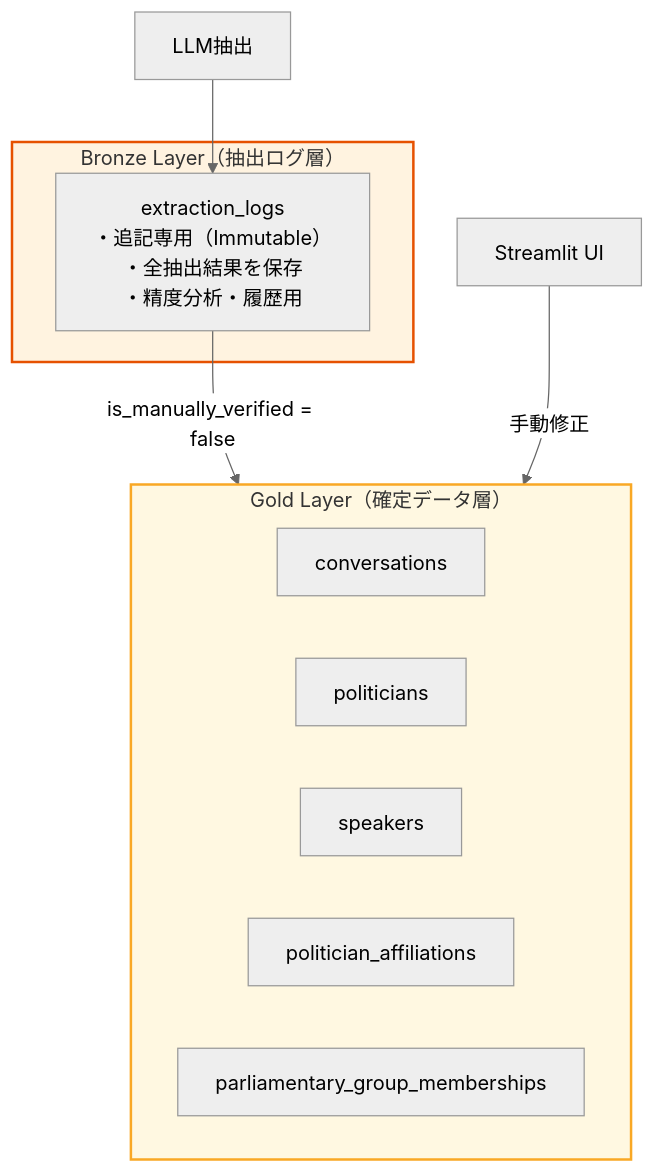
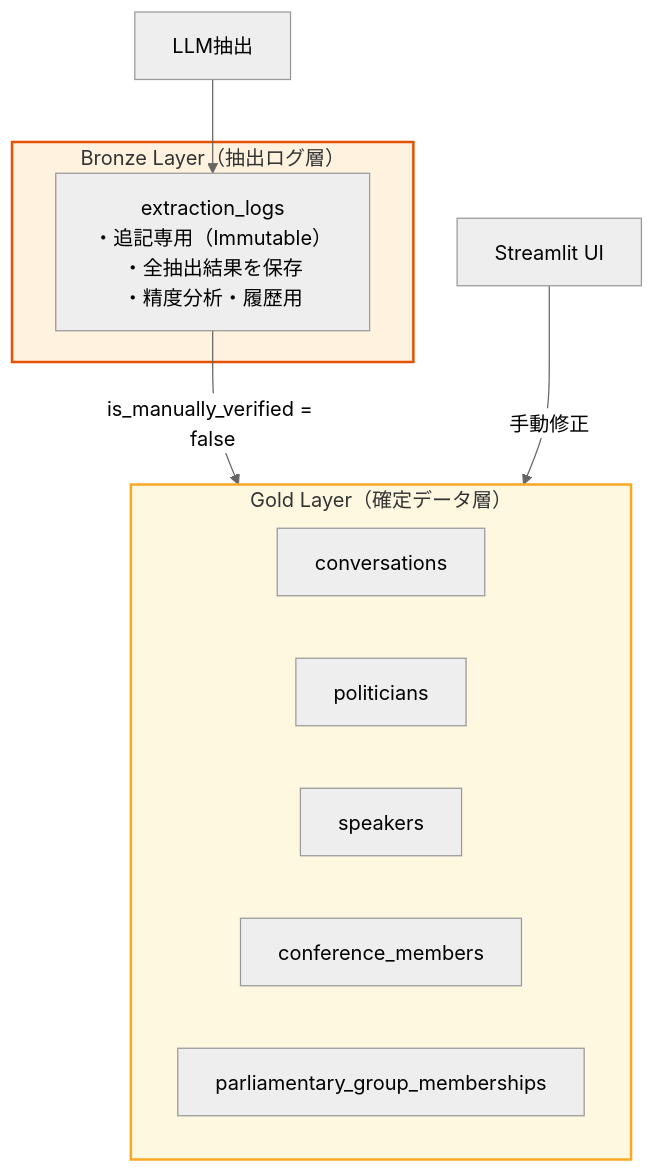
One commit to sage-base/sagebase changed the fifth of 6 diagrams in docs/architecture/ARCHITECTURE.md. Above: the diagram before and after it, drawn with Mermaid (neutral theme). The commit also changed other lines of this file and 20 other files, not shown here.

First line of the commit message:
politician_affiliations → conference_members テーブルリネーム (#1285)

````diff
--- a/docs/architecture/ARCHITECTURE.md
+++ b/docs/architecture/ARCHITECTURE.md
@@ -403,24 +403,24 @@
 ```mermaid
 graph TB
     subgraph bronze["Bronze Layer（抽出ログ層）"]
         EXTRACTION_LOG["extraction_logs<br/>・追記専用（Immutable）<br/>・全抽出結果を保存<br/>・精度分析・履歴用"]
     end
 
     subgraph gold["Gold Layer（確定データ層）"]
         CONVERSATION["conversations"]
         POLITICIAN["politicians"]
         SPEAKER["speakers"]
-        AFFILIATION["politician_affiliations"]
+        AFFILIATION["conference_members"]
         PG_MEMBER["parliamentary_group_memberships"]
     end
 
     LLM["LLM抽出"] --> EXTRACTION_LOG
     EXTRACTION_LOG -->|is_manually_verified = false| gold
     UI["Streamlit UI"] -->|手動修正| gold
 
     classDef bronzeStyle fill:#fff3e0,stroke:#e65100,stroke-width:2px
     classDef goldStyle fill:#fff8e1,stroke:#f9a825,stroke-width:2px
 
     class bronze bronzeStyle
     class gold goldStyle
 ```
````
